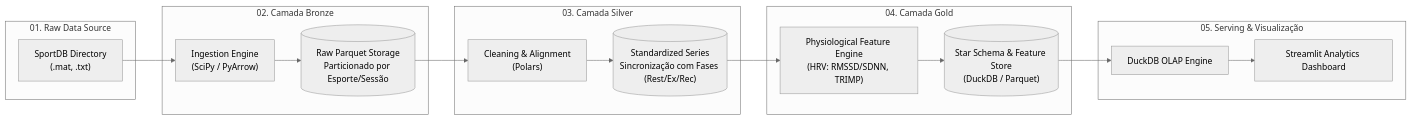
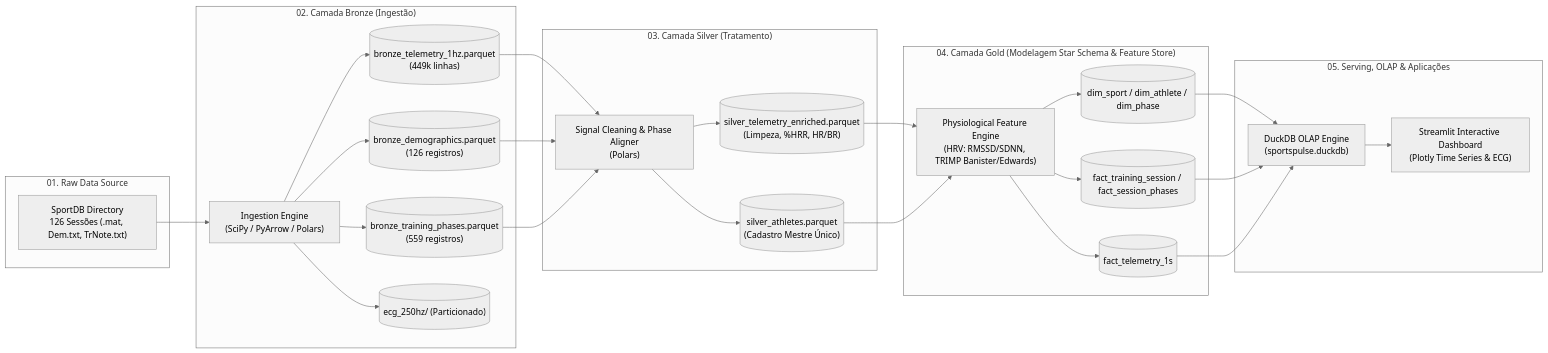
One commit to fabiomarquesz/sportspulse-lakehouse changed the diagram in README.md. Above: the diagram before and after it, drawn with Mermaid (neutral theme). The commit also changed other lines of this file and 2 other files, not shown here.

Commit message:
feat: implementa dashboard Streamlit interativo, CLI unificada e atualiza documentação completa

````diff
--- a/README.md
+++ b/README.md
@@ -47,30 +41,36 @@
 ```mermaid
 flowchart LR
     subgraph RawSource["01. Raw Data Source"]
-        A["SportDB Directory\n(.mat, .txt)"]
+        A["SportDB Directory\n126 Sessões (.mat, Dem.txt, TrNote.txt)"]
     end
 
-    subgraph BronzeLayer["02. Camada Bronze"]
-        B["Ingestion Engine\n(SciPy / PyArrow)"]
-        C[("Raw Parquet Storage\nParticionado por Esporte/Sessão")]
-        A --> B --> C
+    subgraph BronzeLayer["02. Camada Bronze (Ingestão)"]
+        B["Ingestion Engine\n(SciPy / PyArrow / Polars)"]
+        C1[("bronze_telemetry_1hz.parquet\n(449k linhas)")]
+        C2[("bronze_demographics.parquet\n(126 registros)")]
+        C3[("bronze_training_phases.parquet\n(559 registros)")]
+        C4[("ecg_250hz/ (Particionado)")]
+        A --> B --> C1 & C2 & C3 & C4
     end
 
-    subgraph SilverLayer["03. Camada Silver"]
-        D["Cleaning & Alignment\n(Polars)"]
-        E[("Standardized Series\nSincronização com Fases (Rest/Ex/Rec)")]
-        C --> D --> E
+    subgraph SilverLayer["03. Camada Silver (Tratamento)"]
+        D["Signal Cleaning & Phase Aligner\n(Polars)"]
+        E1[("silver_telemetry_enriched.parquet\n(Limpeza, %HRR, HR/BR)")]
+        E2[("silver_athletes.parquet\n(Cadastro Mestre Único)")]
+        C1 & C2 & C3 --> D --> E1 & E2
     end
 
-    subgraph GoldLayer["04. Camada Gold"]
-        F["Physiological Feature Engine\n(HRV: RMSSD/SDNN, TRIMP)"]
-        G[("Star Schema & Feature Store\n(DuckDB / Parquet)")]
-        E --> F --> G
+    subgraph GoldLayer["04. Camada Gold (Modelagem Star Schema & Feature Store)"]
+        F["Physiological Feature Engine\n(HRV: RMSSD/SDNN, TRIMP Banister/Edwards)"]
+        G1[("dim_sport / dim_athlete / dim_phase")]
+        G2[("fact_training_session / fact_session_phases")]
+        G3[("fact_telemetry_1s")]
+        E1 & E2 --> F --> G1 & G2 & G3
     end
 
-    subgraph ServingLayer["05. Serving & Visualização"]
-        H["DuckDB OLAP Engine"]
-        I["Streamlit Analytics Dashboard"]
-        G --> H --> I
+    subgraph ServingLayer["05. Serving, OLAP & Aplicações"]
+        H["DuckDB OLAP Engine\n(sportspulse.duckdb)"]
+        I["Streamlit Interactive Dashboard\n(Plotly Time Series & ECG)"]
+        G1 & G2 & G3 --> H --> I
     end
 ```
````
